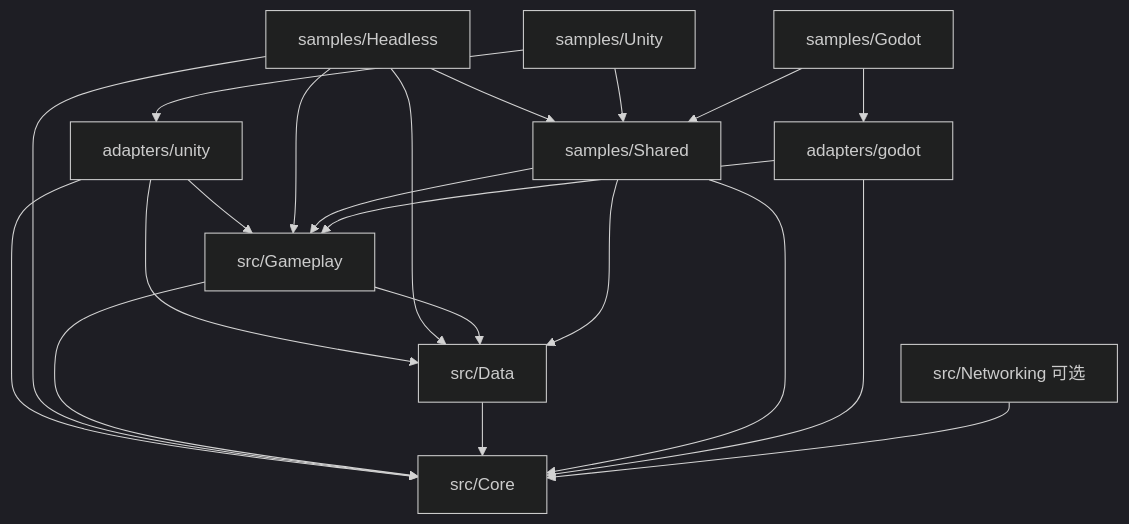
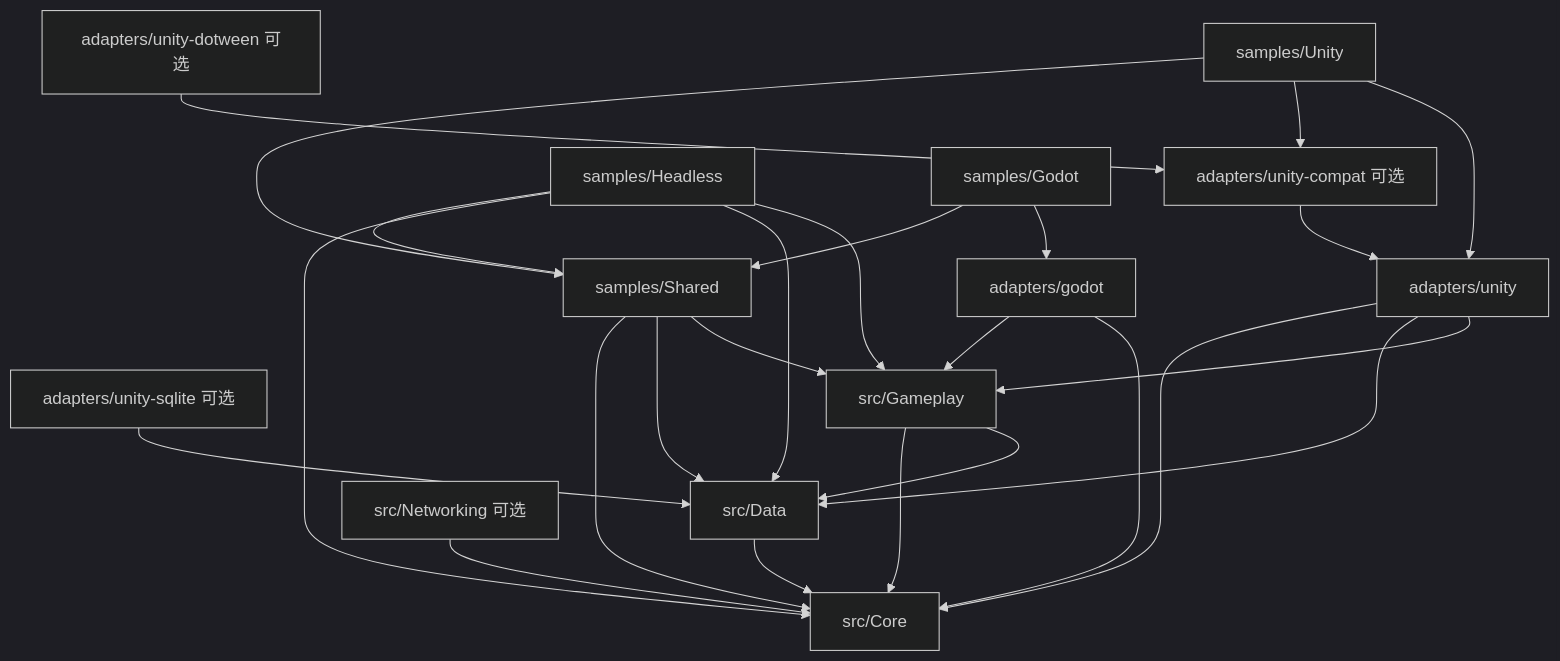
Before and after one commit to qian488/AwithGameFramework: the diagram in GUIDE.md, drawn with Mermaid (dark theme). The commit also changed other lines of this file and 251 other files, not shown here.

````diff
--- a/GUIDE.md
+++ b/GUIDE.md
@@ -13,23 +19,27 @@
 ```mermaid
 graph TD
     UnitySample[samples/Unity] --> Unity[adapters/unity]
+    UnitySample --> UnityCompat[adapters/unity-compat 可选]
+    UnityCompat --> Unity
+    DOTween[adapters/unity-dotween 可选] --> UnityCompat
+    SQLite[adapters/unity-sqlite 可选] --> Data
     Unity --> Gameplay[src/Gameplay]
     Unity --> Data[src/Data]
     Unity --> Core[src/Core]
     Headless[samples/Headless] --> Gameplay
     Headless --> Data
     Headless --> Core
     Gameplay --> Data
     Gameplay --> Core
     Data --> Core
     Shared[samples/Shared] --> Gameplay
     Shared --> Data
     Shared --> Core
     Headless --> Shared
     UnitySample --> Shared
     GodotSample[samples/Godot] --> Godot[adapters/godot]
     GodotSample --> Shared
     Godot --> Core
     Godot --> Gameplay
     Networking[src/Networking 可选] --> Core
 ```
````
